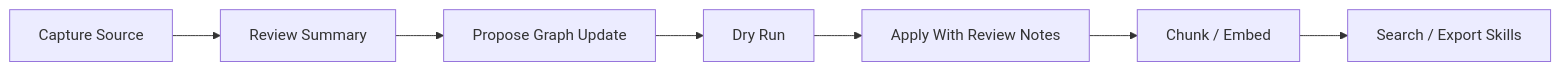
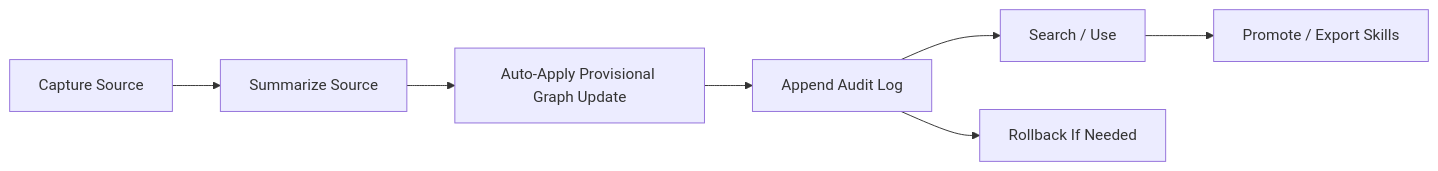
One commit to sparkplug604/praxis changed the second of 2 diagrams in README.md. Above: the diagram before and after it, drawn with Mermaid. The commit also changed other lines of this file and 25 other files, not shown here.

Commit message:
Add audited auto-ingest graph updates

````diff
--- a/README.md
+++ b/README.md
@@ -164,9 +165,9 @@
 ```mermaid
 flowchart LR
-    A["Capture Source"] --> B["Review Summary"]
-    B --> C["Propose Graph Update"]
-    C --> D["Dry Run"]
-    D --> E["Apply With Review Notes"]
-    E --> F["Chunk / Embed"]
-    F --> G["Search / Export Skills"]
+    A["Capture Source"] --> B["Summarize Source"]
+    B --> C["Auto-Apply Provisional Graph Update"]
+    C --> D["Append Audit Log"]
+    D --> E["Search / Use"]
+    D --> F["Rollback If Needed"]
+    E --> G["Promote / Export Skills"]
 ```
````
